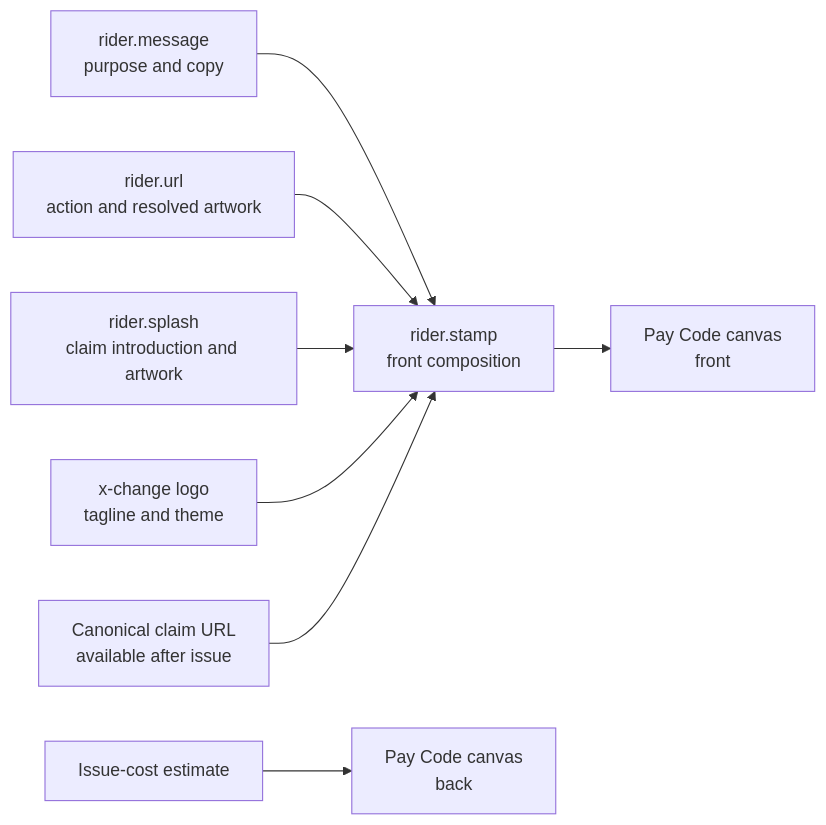
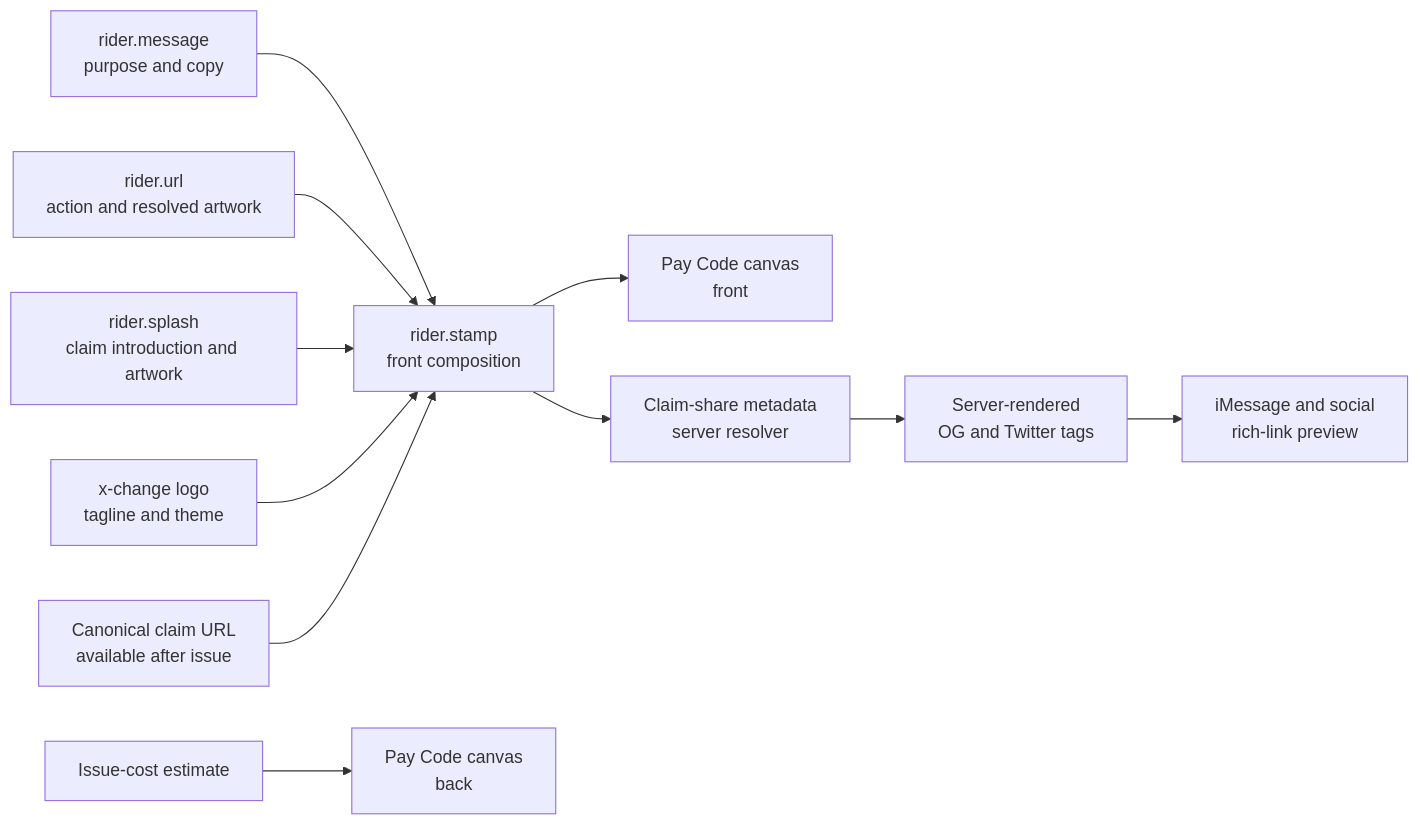
Before and after one commit to 3neti/x-change: the diagram in docs/ui-cockpit/CREATE_PAY_CODE_UI_UX.md, drawn with Mermaid. The commit also changed other lines of this file and 1 other file, not shown here.

Commit message:
document claim rich link metadata

````diff
--- a/docs/ui-cockpit/CREATE_PAY_CODE_UI_UX.md
+++ b/docs/ui-cockpit/CREATE_PAY_CODE_UI_UX.md
@@ -51,10 +51,13 @@
 ```mermaid
 flowchart LR
     Message["rider.message<br/>purpose and copy"] --> Stamp["rider.stamp<br/>front composition"]
     Url["rider.url<br/>action and resolved artwork"] --> Stamp
     Splash["rider.splash<br/>claim introduction and artwork"] --> Stamp
     Brand["x-change logo<br/>tagline and theme"] --> Stamp
     Claim["Canonical claim URL<br/>available after issue"] --> Stamp
     Stamp --> Front["Pay Code canvas<br/>front"]
+    Stamp --> Share["Claim-share metadata<br/>server resolver"]
+    Share --> Head["Server-rendered<br/>OG and Twitter tags"]
+    Head --> RichLink["iMessage and social<br/>rich-link preview"]
     Pricing["Issue-cost estimate"] --> Back["Pay Code canvas<br/>back"]
 ```
````
